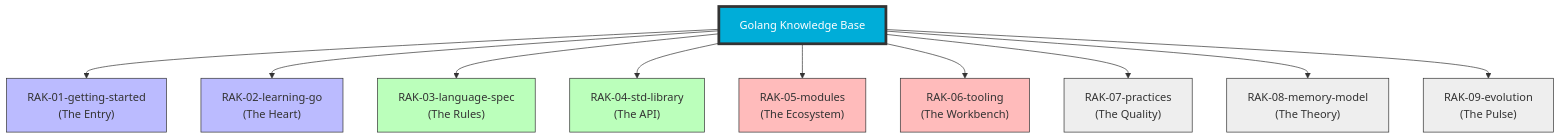
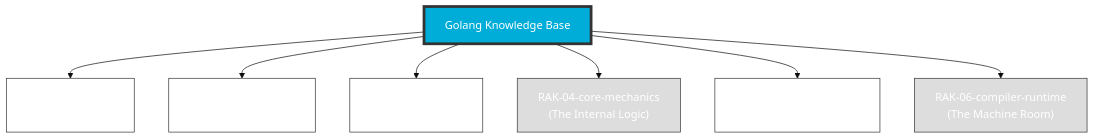
One commit to syahputrawork98-sketch/Golang-Knowledge-Base changed the diagram in README.md. Above: the diagram before and after it, drawn with Mermaid. The commit also changed other lines of this file and 5 other files, not shown here.

Commit message:
feat: Rework README to introduce a new 6-rack architecture with detailed descriptions and a "Gold Standard" for content quality.

````diff
--- a/README.md
+++ b/README.md
@@ -39,35 +8,22 @@
 ```mermaid
+%%{init: {'theme': 'base', 'themeVariables': { 'primaryColor': '#00ADD8', 'primaryTextColor': '#FFF'}}}%%
 graph TD
     Root["Golang Knowledge Base"]
     
-    RAK01["RAK-01-getting-started<br/>(The Entry)"]
-    RAK02["RAK-02-learning-go<br/>(The Heart)"]
-    RAK03["RAK-03-language-spec<br/>(The Rules)"]
-    RAK04["RAK-04-std-library<br/>(The API)"]
-    RAK05["RAK-05-modules<br/>(The Ecosystem)"]
-    RAK06["RAK-06-tooling<br/>(The Workbench)"]
-    RAK07["RAK-07-practices<br/>(The Quality)"]
-    RAK08["RAK-08-memory-model<br/>(The Theory)"]
-    RAK09["RAK-09-evolution<br/>(The Pulse)"]
+    RAK01["RAK-01-anatomy<br/>(The Landscape)"]
+    RAK02["RAK-02-foundation<br/>(The Standard Book)"]
+    RAK03["RAK-03-evolution<br/>(History & Future)"]
+    RAK04["RAK-04-core-mechanics<br/>(The Internal Logic)"]
+    RAK05["RAK-05-standard-library<br/>(The Environment)"]
+    RAK06["RAK-06-compiler-runtime<br/>(The Machine Room)"]
     
-    Root --> RAK01
-    Root --> RAK02
-    Root --> RAK03
-    Root --> RAK04
-    Root --> RAK05
-    Root --> RAK06
-    Root --> RAK07
-    Root --> RAK08
-    Root --> RAK09
+    Root --> RAK01 & RAK02 & RAK03 & RAK04 & RAK05 & RAK06
     
-    style Root fill:#00ADD8,stroke:#333,stroke-width:4px,color:#fff
-    style RAK01 fill:#bbf,stroke:#333
-    style RAK02 fill:#bbf,stroke:#333
-    style RAK03 fill:#bfb,stroke:#333
-    style RAK04 fill:#bfb,stroke:#333
-    style RAK05 fill:#fbb,stroke:#333
-    style RAK06 fill:#fbb,stroke:#333
-    style RAK07 fill:#eee,stroke:#333
-    style RAK08 fill:#eee,stroke:#333
-    style RAK09 fill:#eee,stroke:#333
+    style Root fill:#00ADD8,stroke:#333,stroke-width:4px,color:#FFF
+    style RAK01 fill:#fff,stroke:#333
+    style RAK02 fill:#fff,stroke:#333
+    style RAK03 fill:#fff,stroke:#333
+    style RAK04 fill:#ddd,stroke:#333
+    style RAK05 fill:#fff,stroke:#333
+    style RAK06 fill:#ddd,stroke:#333
 ```
````
